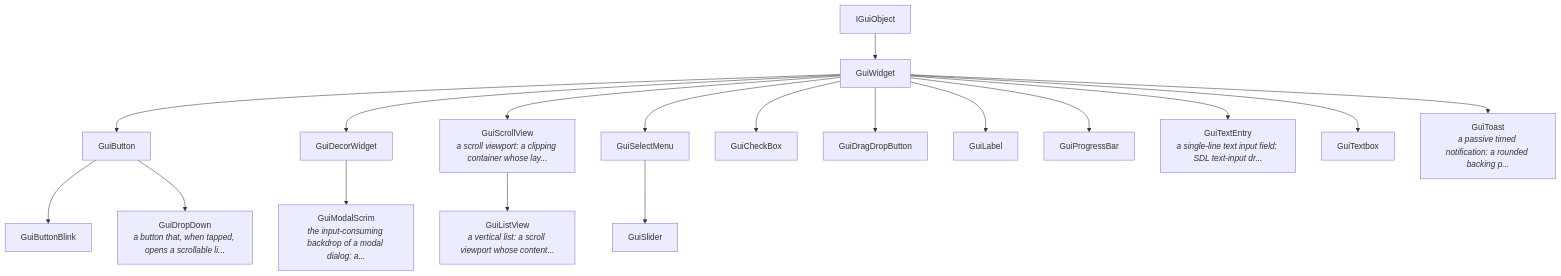
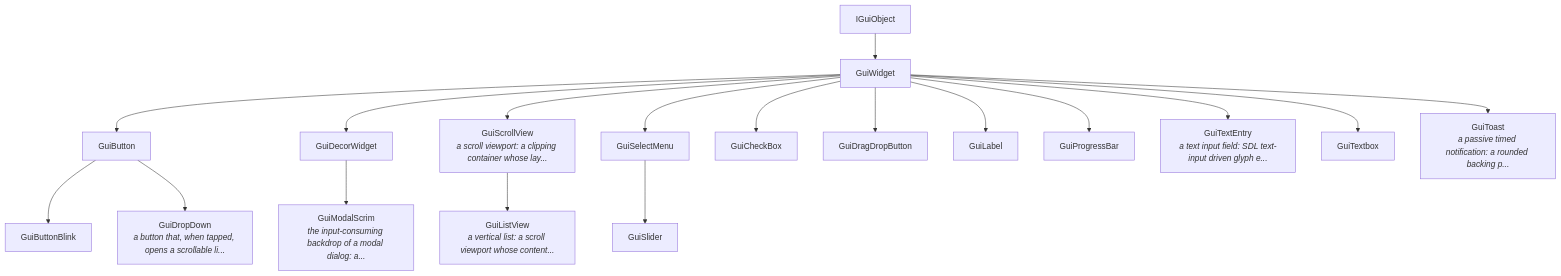
The diagram in Docs/gui.md (orkitec/orkige), drawn with Mermaid before and after one commit. The commit also changed other lines of this file and 42 other files, not shown here.

````diff
--- a/Docs/gui.md
+++ b/Docs/gui.md
@@ -242,38 +322,38 @@
 ```mermaid
 graph TD
     GuiButton["GuiButton"]
     GuiButtonBlink["GuiButtonBlink"]
     GuiDropDown["GuiDropDown<br/><i>a button that, when tapped, opens a scrollable li...</i>"]
     GuiDecorWidget["GuiDecorWidget"]
     GuiModalScrim["GuiModalScrim<br/><i>the input-consuming backdrop of a modal dialog: a...</i>"]
     GuiScrollView["GuiScrollView<br/><i>a scroll viewport: a clipping container whose lay...</i>"]
     GuiListView["GuiListView<br/><i>a vertical list: a scroll viewport whose content...</i>"]
     GuiSelectMenu["GuiSelectMenu"]
     GuiSlider["GuiSlider"]
     GuiWidget["GuiWidget"]
     GuiCheckBox["GuiCheckBox"]
     GuiDragDropButton["GuiDragDropButton"]
     GuiLabel["GuiLabel"]
     GuiProgressBar["GuiProgressBar"]
-    GuiTextEntry["GuiTextEntry<br/><i>a single-line text input field: SDL text-input dr...</i>"]
+    GuiTextEntry["GuiTextEntry<br/><i>a text input field: SDL text-input driven glyph e...</i>"]
     GuiTextbox["GuiTextbox"]
     GuiToast["GuiToast<br/><i>a passive timed notification: a rounded backing p...</i>"]
     IGuiObject["IGuiObject"]
     GuiButton --> GuiButtonBlink
     GuiButton --> GuiDropDown
     GuiDecorWidget --> GuiModalScrim
     GuiScrollView --> GuiListView
     GuiSelectMenu --> GuiSlider
     GuiWidget --> GuiButton
     GuiWidget --> GuiCheckBox
     GuiWidget --> GuiDecorWidget
     GuiWidget --> GuiDragDropButton
     GuiWidget --> GuiLabel
     GuiWidget --> GuiProgressBar
     GuiWidget --> GuiScrollView
     GuiWidget --> GuiSelectMenu
     GuiWidget --> GuiTextEntry
     GuiWidget --> GuiTextbox
     GuiWidget --> GuiToast
     IGuiObject --> GuiWidget
 ```
````
